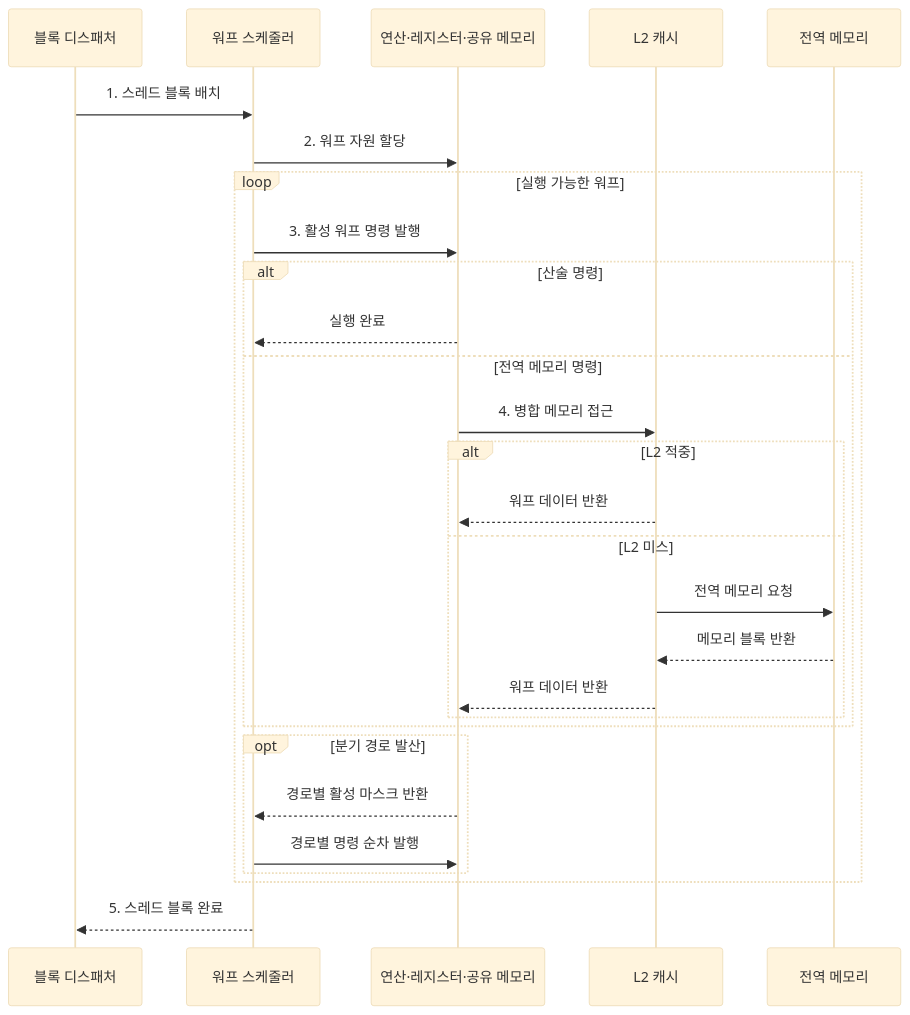
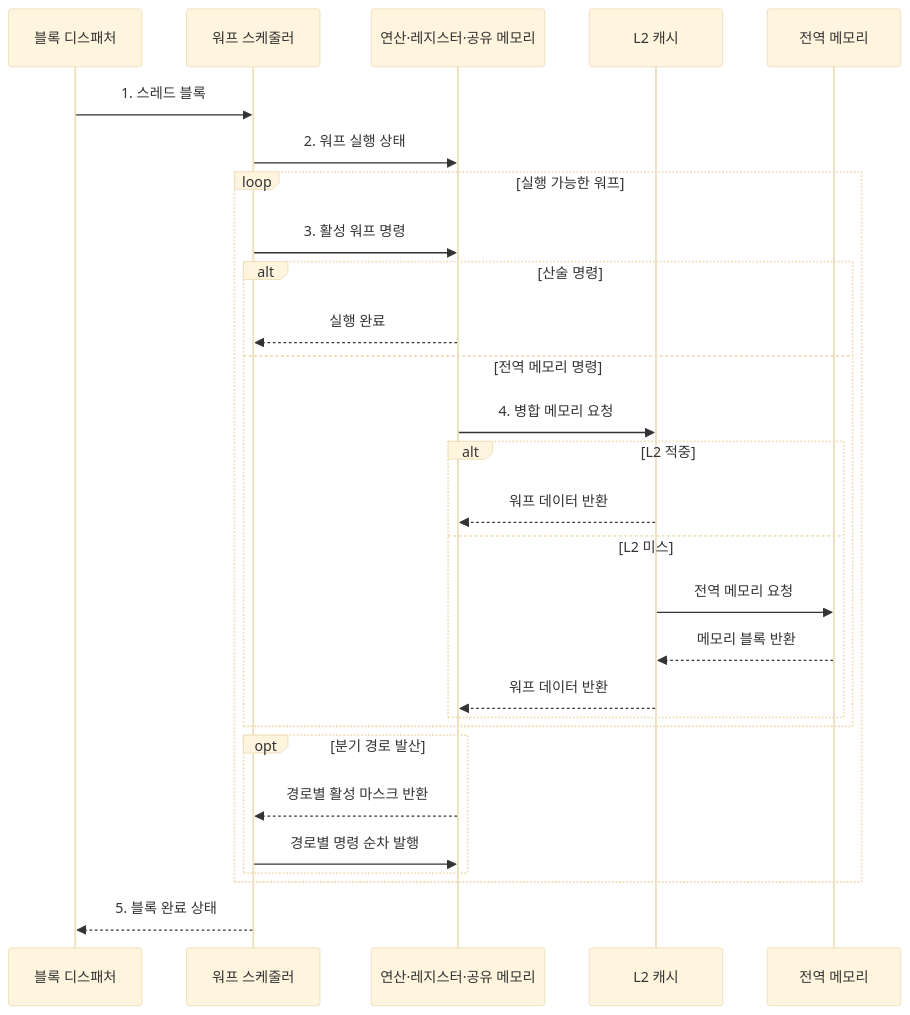
One commit to agnusdei1207/knowledge-base changed the second of 2 diagrams in src/content/docs/notes/02-hardware/041_gpu_simt.md. Above: the diagram before and after it, drawn with Mermaid (base theme). The commit also changed other lines of this file and 20 other files, not shown here.

````diff
--- a/src/content/docs/notes/02-hardware/041_gpu_simt.md
+++ b/src/content/docs/notes/02-hardware/041_gpu_simt.md
@@ -88,31 +91,31 @@
 ```mermaid
 sequenceDiagram
     participant D as 블록 디스패처
     participant W as 워프 스케줄러
     participant E as 연산·레지스터·공유 메모리
     participant L as L2 캐시
     participant G as 전역 메모리
 
-    D->>W: 1. 스레드 블록 배치
-    W->>E: 2. 워프 자원 할당
+    D->>W: 1. 스레드 블록
+    W->>E: 2. 워프 실행 상태
     loop 실행 가능한 워프
-        W->>E: 3. 활성 워프 명령 발행
+        W->>E: 3. 활성 워프 명령
         alt 산술 명령
             E-->>W: 실행 완료
         else 전역 메모리 명령
-            E->>L: 4. 병합 메모리 접근
+            E->>L: 4. 병합 메모리 요청
             alt L2 적중
                 L-->>E: 워프 데이터 반환
             else L2 미스
                 L->>G: 전역 메모리 요청
                 G-->>L: 메모리 블록 반환
                 L-->>E: 워프 데이터 반환
             end
         end
         opt 분기 경로 발산
             E-->>W: 경로별 활성 마스크 반환
             W->>E: 경로별 명령 순차 발행
         end
     end
-    W-->>D: 5. 스레드 블록 완료
+    W-->>D: 5. 블록 완료 상태
 ```
````
